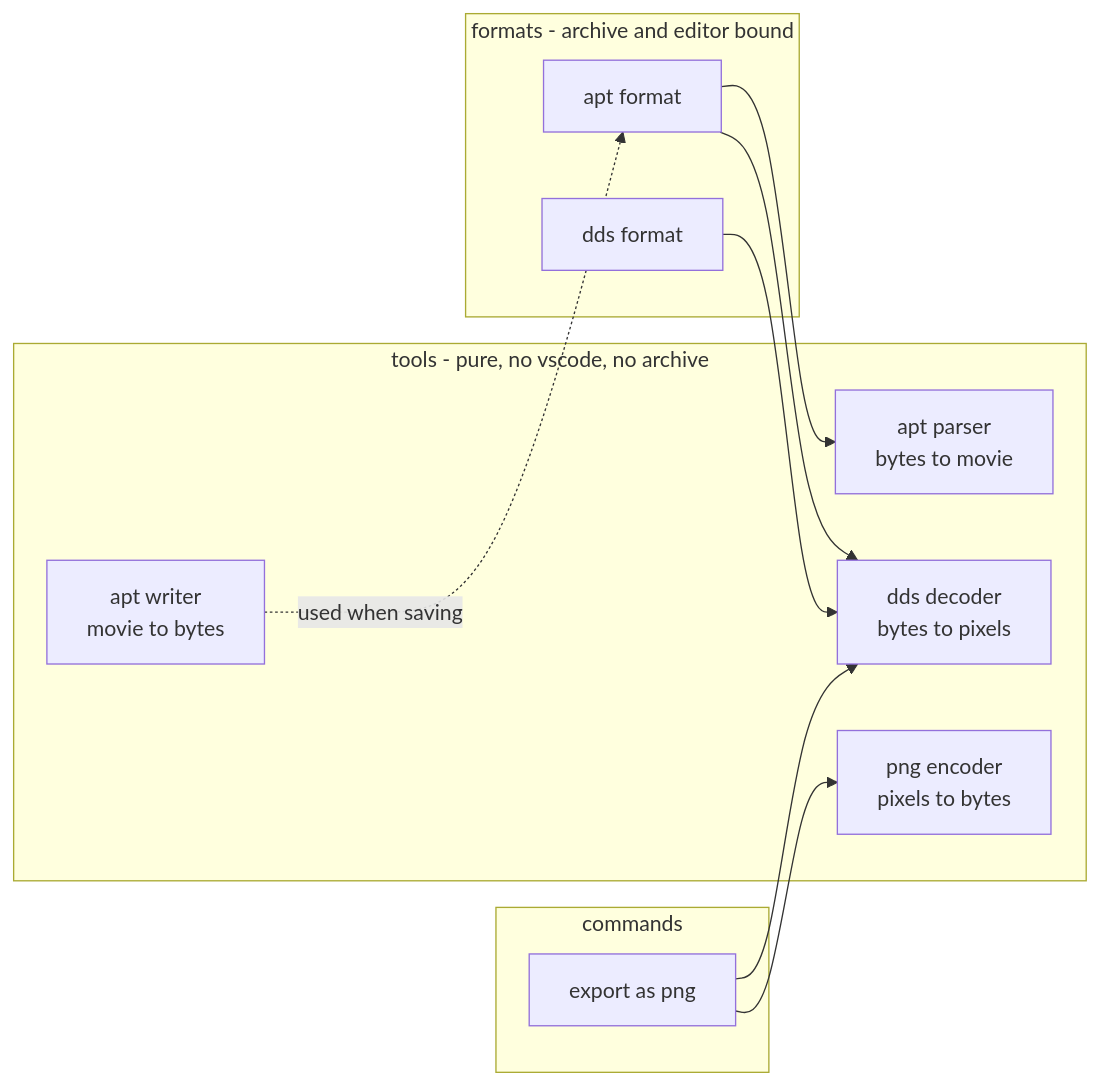
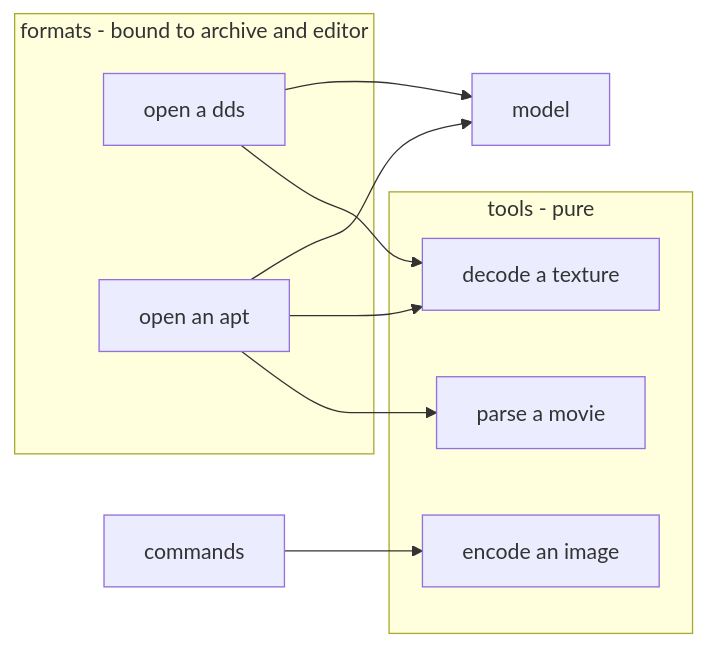
Before and after one commit to max-bronner/bigfs: the sixth of 6 diagrams in docs/architecture.md, drawn with Mermaid. The commit also changed other lines of this file, not shown here.

First line of the commit message:
Rewrite the architecture notes for the code that exists

````diff
--- a/docs/architecture.md
+++ b/docs/architecture.md
@@ -361,25 +302,21 @@
 ```mermaid
 flowchart LR
-  subgraph tools["tools - pure, no vscode, no archive"]
-    APTP["apt parser<br/>bytes to movie"]
-    APTW["apt writer<br/>movie to bytes"]
-    DDSD["dds decoder<br/>bytes to pixels"]
-    PNGE["png encoder<br/>pixels to bytes"]
+  subgraph tools["tools - pure"]
+    T1["decode a texture"]
+    T2["parse a movie"]
+    T3["encode an image"]
   end
 
-  subgraph formats["formats - archive and editor bound"]
-    FAPT["apt format"]
-    FDDS["dds format"]
+  subgraph formats["formats - bound to archive and editor"]
+    F1["open a dds"]
+    F2["open an apt"]
   end
 
-  subgraph cmds["commands"]
-    EXP["export as png"]
-  end
+  CORE["model"]
 
-  FAPT --> APTP
-  FAPT --> DDSD
-  FDDS --> DDSD
-  EXP --> DDSD
-  EXP --> PNGE
-  APTW -.->|"used when saving"| FAPT
+  F1 --> T1
+  F2 --> T2
+  F2 --> T1
+  F1 & F2 --> CORE
+  CMDS["commands"] --> T3
 ```
````
